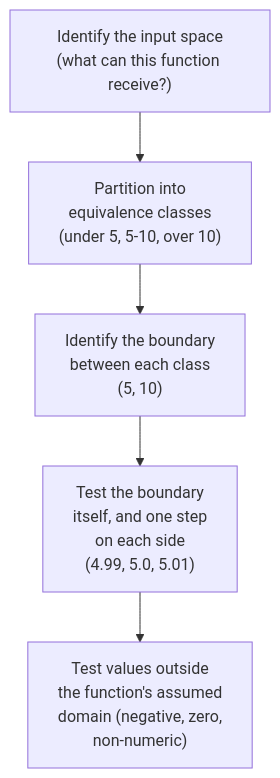
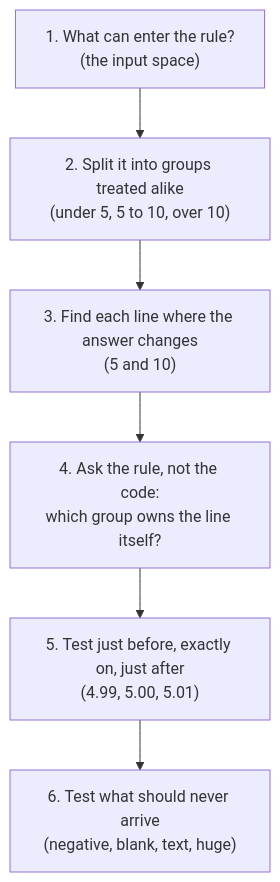
One commit to francoandreDev/knowledge changed the first of 2 diagrams in src/content/logic/edge-case-reasoning/L2-concept.mdx. Above: the diagram before and after it, drawn with Mermaid. The commit also changed other lines of this file and 3 other files, not shown here.

````diff
--- a/src/content/logic/edge-case-reasoning/L2-concept.mdx
+++ b/src/content/logic/edge-case-reasoning/L2-concept.mdx
@@ -39,7 +32,8 @@
 ```mermaid
 flowchart TD
-    A["Identify the input space\n(what can this function receive?)"] --> B["Partition into\nequivalence classes\n(under 5, 5-10, over 10)"]
-    B --> C["Identify the boundary\nbetween each class\n(5, 10)"]
-    C --> D["Test the boundary\nitself, and one step\non each side\n(4.99, 5.0, 5.01)"]
-    D --> E["Test values outside\nthe function's assumed\ndomain (negative, zero,\nnon-numeric)"]
+    A["1. What can enter the rule?\n(the input space)"] --> B["2. Split it into groups treated alike\n(under 5, 5 to 10, over 10)"]
+    B --> C["3. Find each line where the answer changes\n(5 and 10)"]
+    C --> D["4. Ask the rule, not the code:\nwhich group owns the line itself?"]
+    D --> E["5. Test just before, exactly on, just after\n(4.99, 5.00, 5.01)"]
+    E --> F["6. Test what should never arrive\n(negative, blank, text, huge)"]
 ```
````
